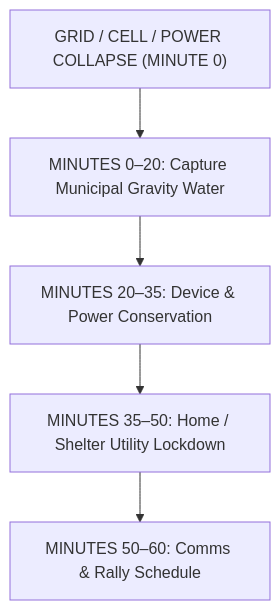
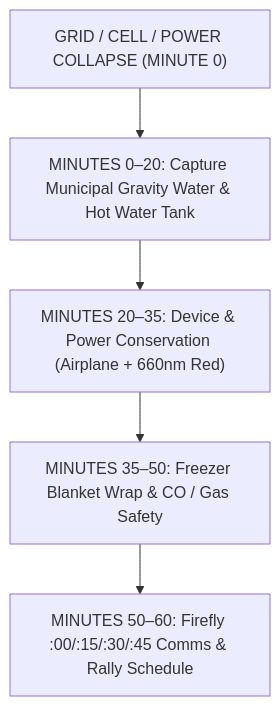
Before and after one commit to papauri/PHAROS: the diagram in .aistudio/artifacts/brain/pharos_blackout_survival_codex.md, drawn with Mermaid. The commit also changed other lines of this file and 7 other files, not shown here.

````diff
--- a/.aistudio/artifacts/brain/pharos_blackout_survival_codex.md
+++ b/.aistudio/artifacts/brain/pharos_blackout_survival_codex.md
@@ -16,7 +16,7 @@
 ```mermaid
 flowchart TD
-    A["GRID / CELL / POWER COLLAPSE (MINUTE 0)"] --> B["MINUTES 0–20: Capture Municipal Gravity Water"]
-    B --> C["MINUTES 20–35: Device & Power Conservation"]
-    C --> D["MINUTES 35–50: Home / Shelter Utility Lockdown"]
-    D --> E["MINUTES 50–60: Comms & Rally Schedule"]
+    A["GRID / CELL / POWER COLLAPSE (MINUTE 0)"] --> B["MINUTES 0–20: Capture Municipal Gravity Water & Hot Water Tank"]
+    B --> C["MINUTES 20–35: Device & Power Conservation (Airplane + 660nm Red)"]
+    C --> D["MINUTES 35–50: Freezer Blanket Wrap & CO / Gas Safety"]
+    D --> E["MINUTES 50–60: Firefly :00/:15/:30/:45 Comms & Rally Schedule"]
 ```
````
